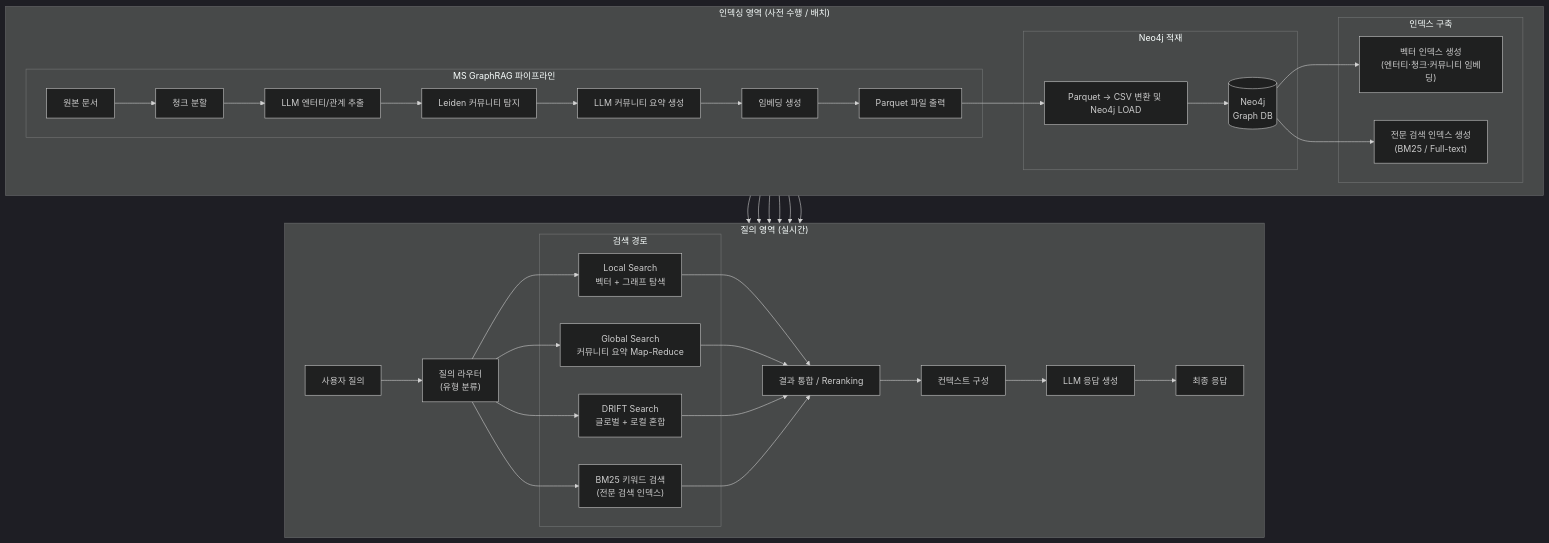
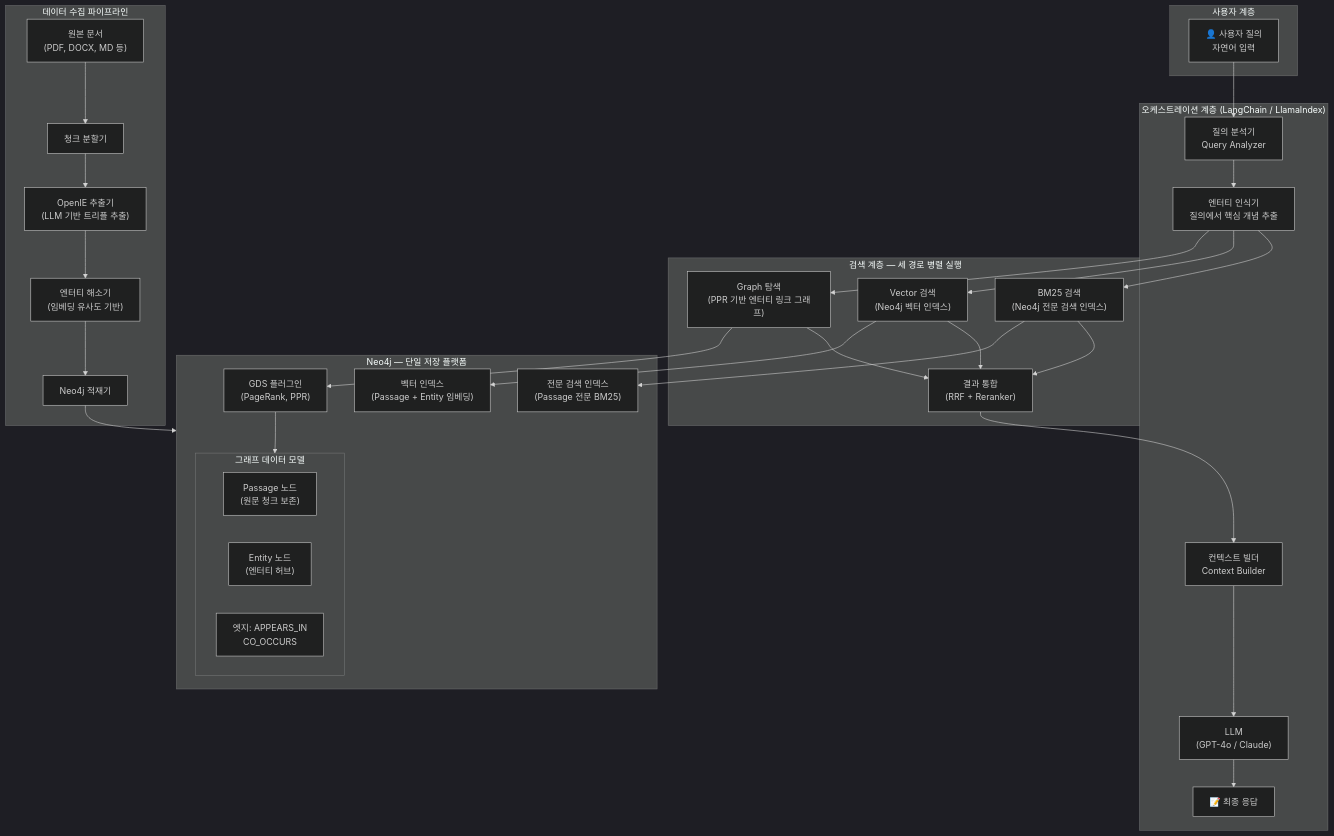
The first of 9 diagrams in _posts/2026-05-11-rag-기술-아키텍처-세미나-‐-(4)-index‐based-graphrag-기반-neo4j-hybrid-rag-시스템-구현.md (k82022603/k82022603.github.io), drawn with Mermaid (dark theme) before and after one commit. The commit also changed other lines of this file, not shown here.

````diff
--- a/_posts/2026-05-11-rag-기술-아키텍처-세미나-‐-(4)-index‐based-graphrag-기반-neo4j-hybrid-rag-시스템-구현.md
+++ b/_posts/2026-05-11-rag-기술-아키텍처-세미나-‐-(4)-index‐based-graphrag-기반-neo4j-hybrid-rag-시스템-구현.md
@@ -91,72 +91,51 @@
 ```mermaid
 flowchart TB
-    subgraph IndexingZone["인덱싱 영역 (사전 수행 / 배치)"]
-        direction LR
-        subgraph MSGraphRAG["MS GraphRAG 파이프라인"]
-            DOCS["원본 문서"]
-            CHUNK["청크 분할"]
-            EXTRACT["LLM 엔터티/관계 추출"]
-            LEIDEN["Leiden 커뮤니티 탐지"]
-            SUMMARIZE["LLM 커뮤니티 요약 생성"]
-            EMBED_IDX["임베딩 생성"]
-            PARQUET["Parquet 파일 출력"]
-
-            DOCS --> CHUNK --> EXTRACT --> LEIDEN --> SUMMARIZE --> EMBED_IDX --> PARQUET
-        end
-
-        subgraph Neo4jLoad["Neo4j 적재"]
-            IMPORT["Parquet → CSV 변환 및 Neo4j LOAD"]
-            NEO4J_STORE[("Neo4j\nGraph DB")]
-
-            IMPORT --> NEO4J_STORE
-        end
-
-        subgraph IndexBuild["인덱스 구축"]
-            VEC_IDX["벡터 인덱스 생성\n(엔터티·청크·커뮤니티 임베딩)"]
-            FT_IDX["전문 검색 인덱스 생성\n(BM25 / Full-text)"]
-
-            NEO4J_STORE --> VEC_IDX
-            NEO4J_STORE --> FT_IDX
-        end
-
-        PARQUET --> IMPORT
+    subgraph Client["사용자 계층"]
+        U["👤 사용자 질의\n자연어 입력"]
     end
 
-    subgraph QueryZone["질의 영역 (실시간)"]
-        direction LR
-        USER["사용자 질의"]
-        ROUTER["질의 라우터\n(유형 분류)"]
-
-        subgraph SearchPaths["검색 경로"]
-            LOCAL["Local Search\n벡터 + 그래프 탐색"]
-            GLOBAL["Global Search\n커뮤니티 요약 Map-Reduce"]
-            DRIFT["DRIFT Search\n글로벌 + 로컬 혼합"]
-            BM25_Q["BM25 키워드 검색\n(전문 검색 인덱스)"]
-        end
-
-        MERGE_Q["결과 통합 / Reranking"]
-        CTX["컨텍스트 구성"]
-        LLM_GEN["LLM 응답 생성"]
-        ANSWER["최종 응답"]
-
-        USER --> ROUTER
-        ROUTER --> LOCAL
-        ROUTER --> GLOBAL
-        ROUTER --> DRIFT
-        ROUTER --> BM25_Q
-
-        LOCAL --> MERGE_Q
-        GLOBAL --> MERGE_Q
-        DRIFT --> MERGE_Q
-        BM25_Q --> MERGE_Q
-
-        MERGE_Q --> CTX --> LLM_GEN --> ANSWER
+    subgraph Orchestration["오케스트레이션 계층 (LangChain / LlamaIndex)"]
+        QA["질의 분석기\nQuery Analyzer"]
+        QE["엔터티 인식기\n질의에서 핵심 개념 추출"]
+        CTX["컨텍스트 빌더\nContext Builder"]
+        GEN["LLM\n(GPT-4o / Claude)"]
+        ANS["📝 최종 응답"]
     end
 
-    NEO4J_STORE --> LOCAL
-    NEO4J_STORE --> GLOBAL
-    NEO4J_STORE --> DRIFT
-    FT_IDX --> BM25_Q
-    VEC_IDX --> LOCAL
-    VEC_IDX --> DRIFT
+    subgraph RetrievalLayer["검색 계층 — 세 경로 병렬 실행"]
+        BM25R["BM25 검색\n(Neo4j 전문 검색 인덱스)"]
+        VECR["Vector 검색\n(Neo4j 벡터 인덱스)"]
+        GRPR["Graph 탐색\n(PPR 기반 엔터티 링크 그래프)"]
+        RRF["결과 통합\n(RRF + Reranker)"]
+    end
+
+    subgraph Neo4jLayer["Neo4j — 단일 저장 플랫폼"]
+        subgraph GraphModel["그래프 데이터 모델"]
+            PN["Passage 노드\n(원문 청크 보존)"]
+            EN["Entity 노드\n(엔터티 허브)"]
+            EL["엣지: APPEARS_IN\nCO_OCCURS"]
+        end
+        VI["벡터 인덱스\n(Passage + Entity 임베딩)"]
+        FTI["전문 검색 인덱스\n(Passage 전문 BM25)"]
+        GDS["GDS 플러그인\n(PageRank, PPR)"]
+    end
+
+    subgraph Ingestion["데이터 수집 파이프라인"]
+        SRC["원본 문서\n(PDF, DOCX, MD 등)"]
+        CHUNK["청크 분할기"]
+        OIEEXT["OpenIE 추출기\n(LLM 기반 트리플 추출)"]
+        ERES["엔터티 해소기\n(임베딩 유사도 기반)"]
+        LOAD["Neo4j 적재기"]
+    end
+
+    U --> QA --> QE
+    QE --> BM25R & VECR & GRPR
+    BM25R & VECR & GRPR --> RRF --> CTX --> GEN --> ANS
+
+    BM25R --> FTI
+    VECR --> VI
+    GRPR --> GDS
+    GDS --> GraphModel
+
+    SRC --> CHUNK --> OIEEXT --> ERES --> LOAD --> Neo4jLayer
 ```
````
